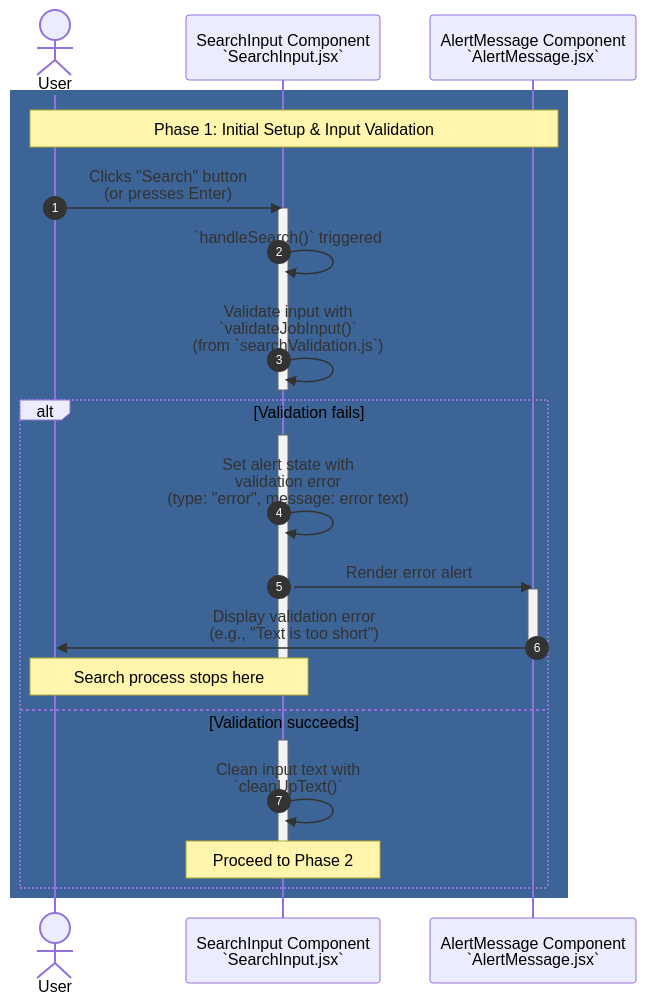
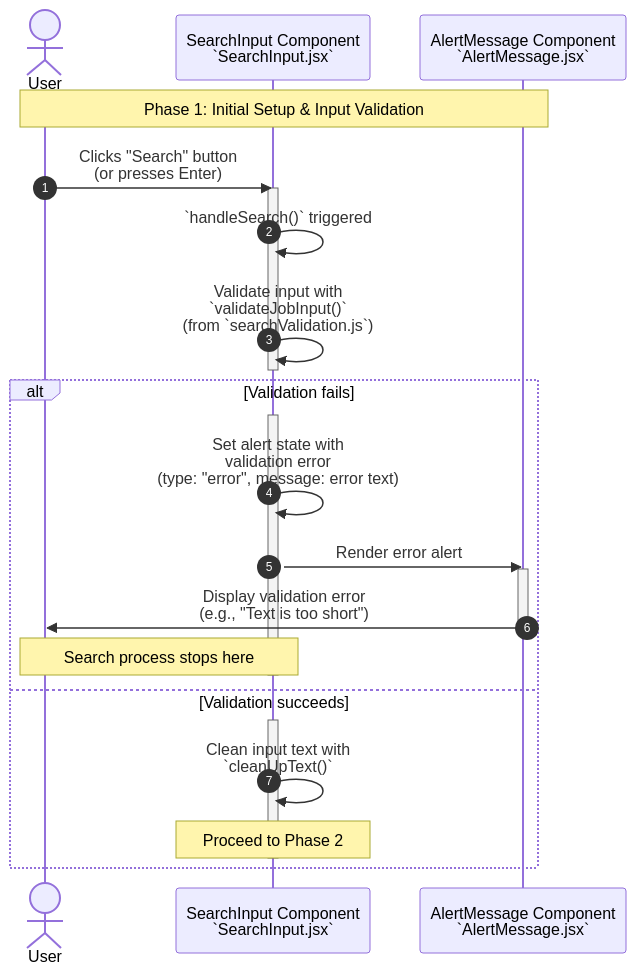
Before and after one commit to YahyaAl-Ademi/2025.10.23-JobCompass: the diagram in documentation/jobFetch/1.Initial Setup & Input Validation.md, drawn with Mermaid. The commit also changed other lines of this file and 5 other files, not shown here.

Commit message:
Update job fetch flowchart documentation to improve organization and clarity by removing unnecessary rectangles and ensuring consistent navigation links.

````diff
--- a/documentation/jobFetch/1.Initial Setup & Input Validation.md
+++ b/documentation/jobFetch/1.Initial Setup & Input Validation.md
@@ -1,32 +3,30 @@
 ```mermaid
 sequenceDiagram
     autonumber
     actor User
     participant SearchInput as SearchInput Component<br/>`SearchInput.jsx`
     participant AlertMessage as AlertMessage Component<br/>`AlertMessage.jsx`
 
-    rect rgb(60, 100, 150)
     Note over User,AlertMessage: Phase 1: Initial Setup & Input Validation
     User->>SearchInput: Clicks "Search" button<br/>(or presses Enter)
     activate SearchInput
     SearchInput->>SearchInput: `handleSearch()` triggered
     SearchInput->>SearchInput: Validate input with<br/>`validateJobInput()`<br/>(from `searchValidation.js`)
     deactivate SearchInput
     
     alt Validation fails
         activate SearchInput
         SearchInput->>SearchInput: Set alert state with<br/>validation error<br/>(type: "error", message: error text)
         SearchInput->>AlertMessage: Render error alert
         activate AlertMessage
         AlertMessage->>User: Display validation error<br/>(e.g., "Text is too short")
         deactivate AlertMessage
         Note over SearchInput,User: Search process stops here
         deactivate SearchInput
     else Validation succeeds
         activate SearchInput
         SearchInput->>SearchInput: Clean input text with<br/>`cleanUpText()`
         Note over SearchInput: Proceed to Phase 2
         deactivate SearchInput
     end
-    end
 ```
````
